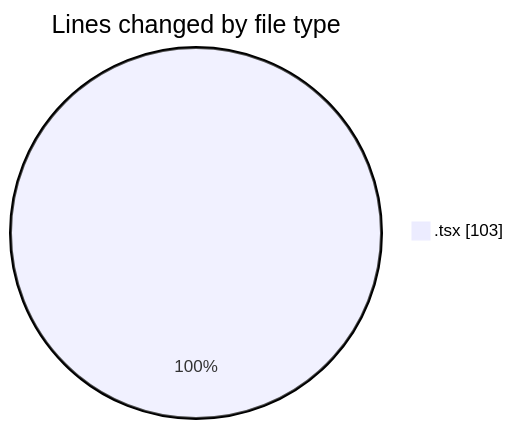
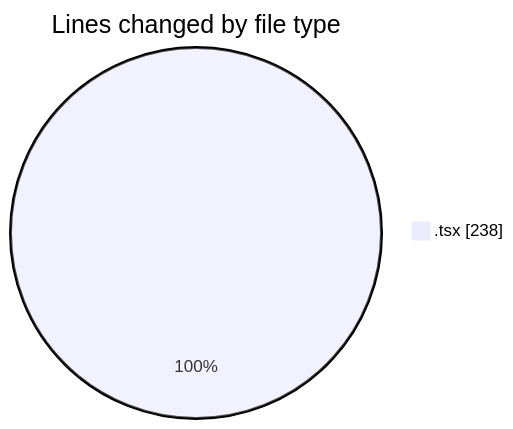
The first of 2 diagrams in 2025-02-17/cda/README.md (momahboobian/code-tracking), drawn with Mermaid before and after one commit. The commit also changed other lines of this file and 1 other file, not shown here.

````diff
--- a/2025-02-17/cda/README.md
+++ b/2025-02-17/cda/README.md
@@ -20,5 +22,5 @@
 ```mermaid
 pie showData
 title Lines changed by file type
-".tsx" : 103
+".tsx" : 238
 ```
````
